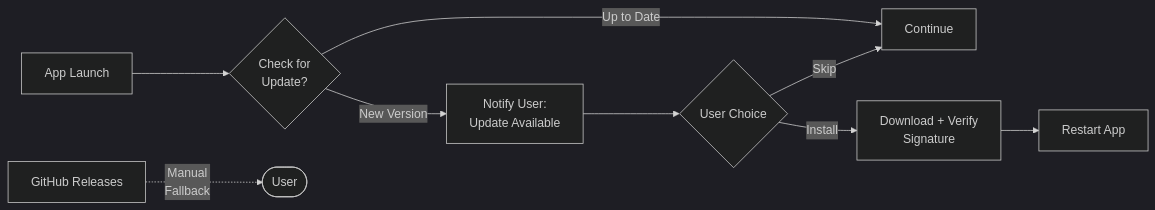
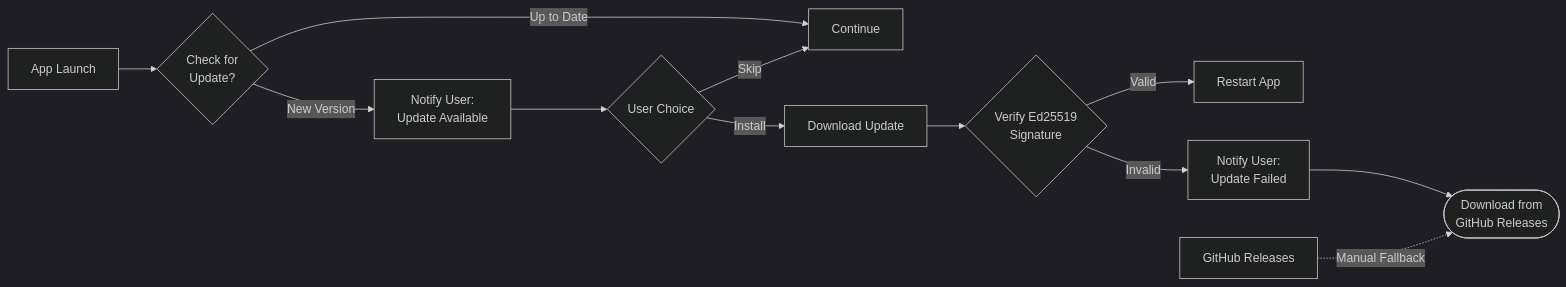
Before and after one commit to saemanas/oh-my-vpn: the diagram in docs/adr/0007-tauri-updater-with-github-releases.md, drawn with Mermaid (dark theme). The commit also changed other lines of this file and 9 other files, not shown here.

First line of the commit message:
docs: review and align ADRs with PRD and architecture

````diff
--- a/docs/adr/0007-tauri-updater-with-github-releases.md
+++ b/docs/adr/0007-tauri-updater-with-github-releases.md
@@ -44,14 +44,17 @@
 ```mermaid
 flowchart LR
     launch[App Launch] --> check{Check for<br/>Update?}
     check -->|New Version| notify[Notify User:<br/>Update Available]
     check -->|Up to Date| ready[Continue]
 
     notify --> choice{User Choice}
-    choice -->|Install| download[Download + Verify<br/>Signature]
+    choice -->|Install| download[Download Update]
     choice -->|Skip| ready
 
-    download --> restart[Restart App]
+    download --> verify{Verify Ed25519<br/>Signature}
+    verify -->|Valid| restart[Restart App]
+    verify -->|Invalid| fail[Notify User:<br/>Update Failed]
+    fail --> fallback
 
-    gh[GitHub Releases] -.->|Manual<br/>Fallback| user([User])
+    gh[GitHub Releases] -.->|Manual Fallback| fallback([Download from<br/>GitHub Releases])
 ```
````
